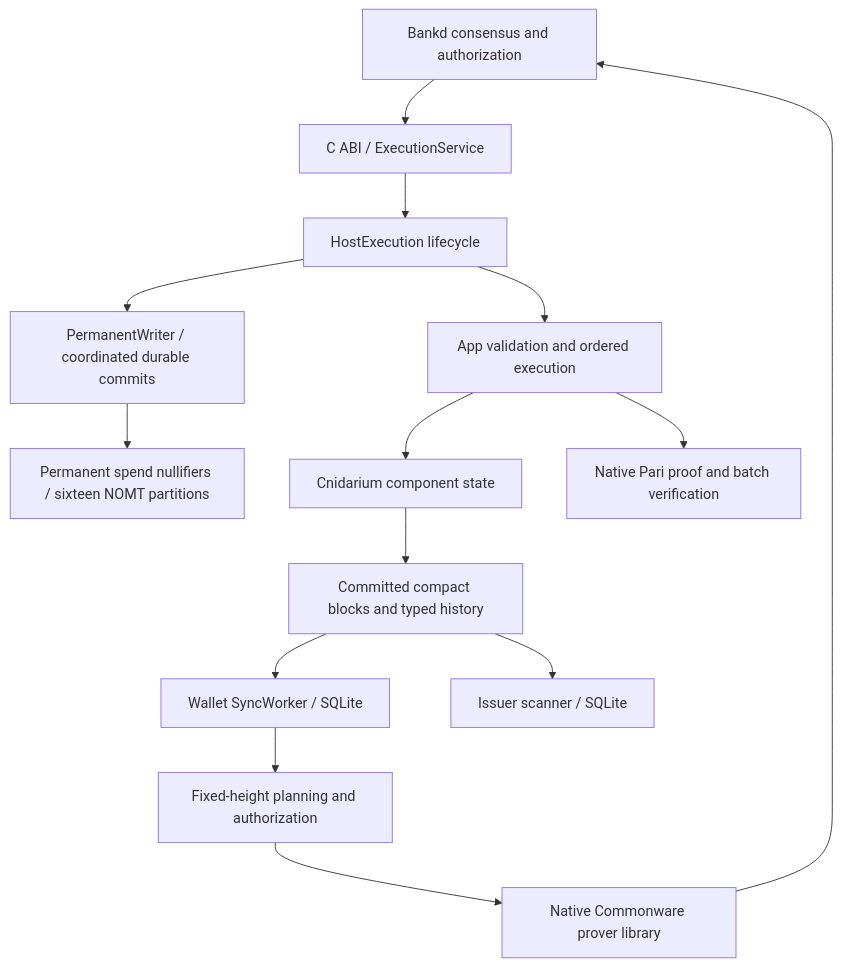
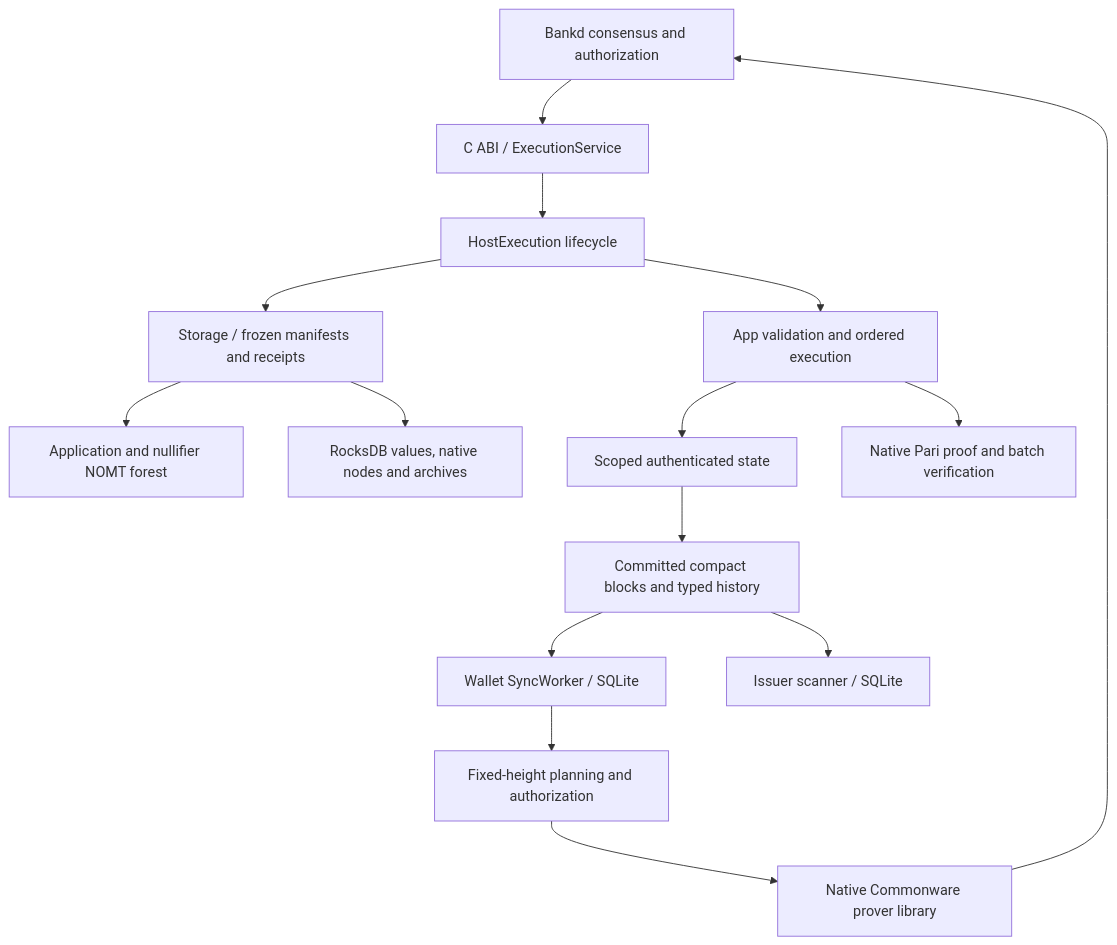
The diagram in docs/architecture.md (mizufinance/shieldd), drawn with Mermaid before and after one commit. The commit also changed other lines of this file and 207 other files, not shown here.

Commit message:
Replace JMT persistence with coordinated NOMT and raw storage

````diff
--- a/docs/architecture.md
+++ b/docs/architecture.md
@@ -3,16 +3,17 @@
 ```mermaid
 flowchart TD
     Bankd[Bankd consensus and authorization] --> ABI[C ABI / ExecutionService]
     ABI --> Host[HostExecution lifecycle]
-    Host --> Writer[PermanentWriter / coordinated durable commits]
-    Writer --> NOMT[Permanent spend nullifiers / sixteen NOMT partitions]
+    Host --> Writer[Storage / frozen manifests and receipts]
+    Writer --> NOMT[Application and nullifier NOMT forest]
+    Writer --> Raw[RocksDB values, native nodes and archives]
     Host --> App[App validation and ordered execution]
-    App --> State[Cnidarium component state]
+    App --> State[Scoped authenticated state]
     App --> Proofs[Native Pari proof and batch verification]
     State --> Blocks[Committed compact blocks and typed history]
     Blocks --> Wallet[Wallet SyncWorker / SQLite]
     Blocks --> Scanner[Issuer scanner / SQLite]
     Wallet --> Plan[Fixed-height planning and authorization]
     Plan --> Prover[Native Commonware prover library]
     Prover --> Bankd
 ```
````
